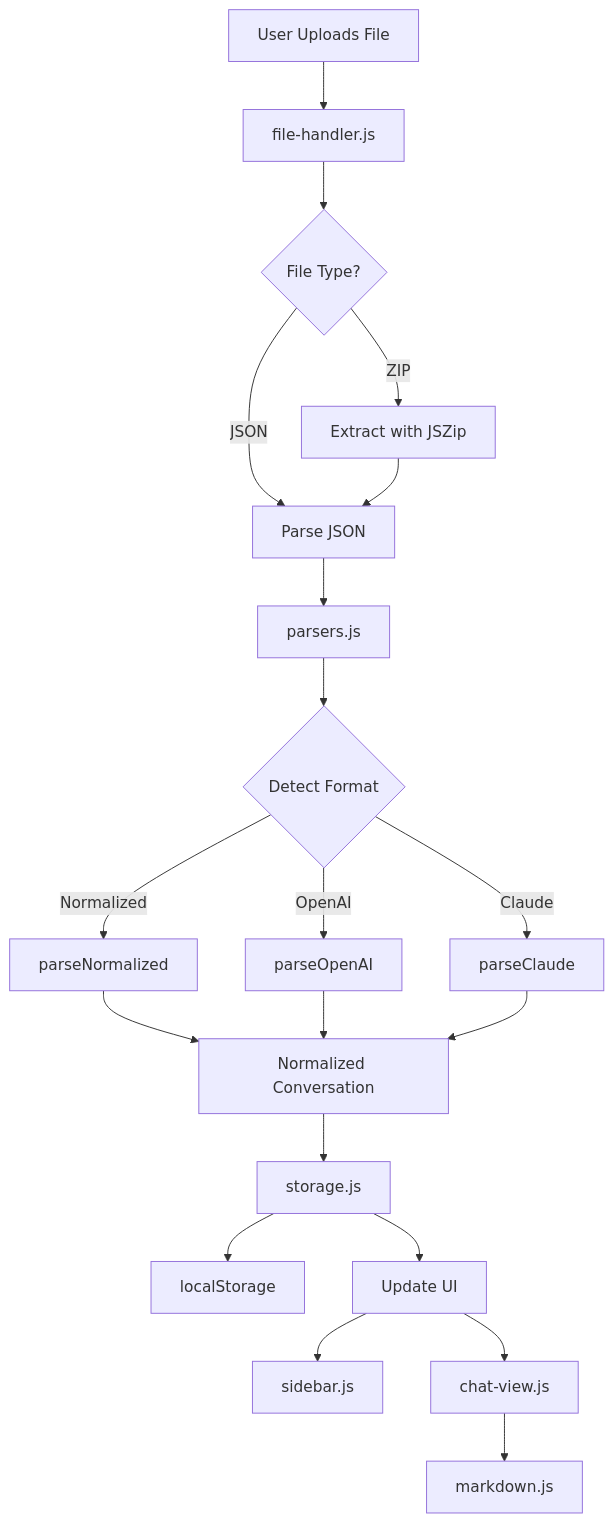
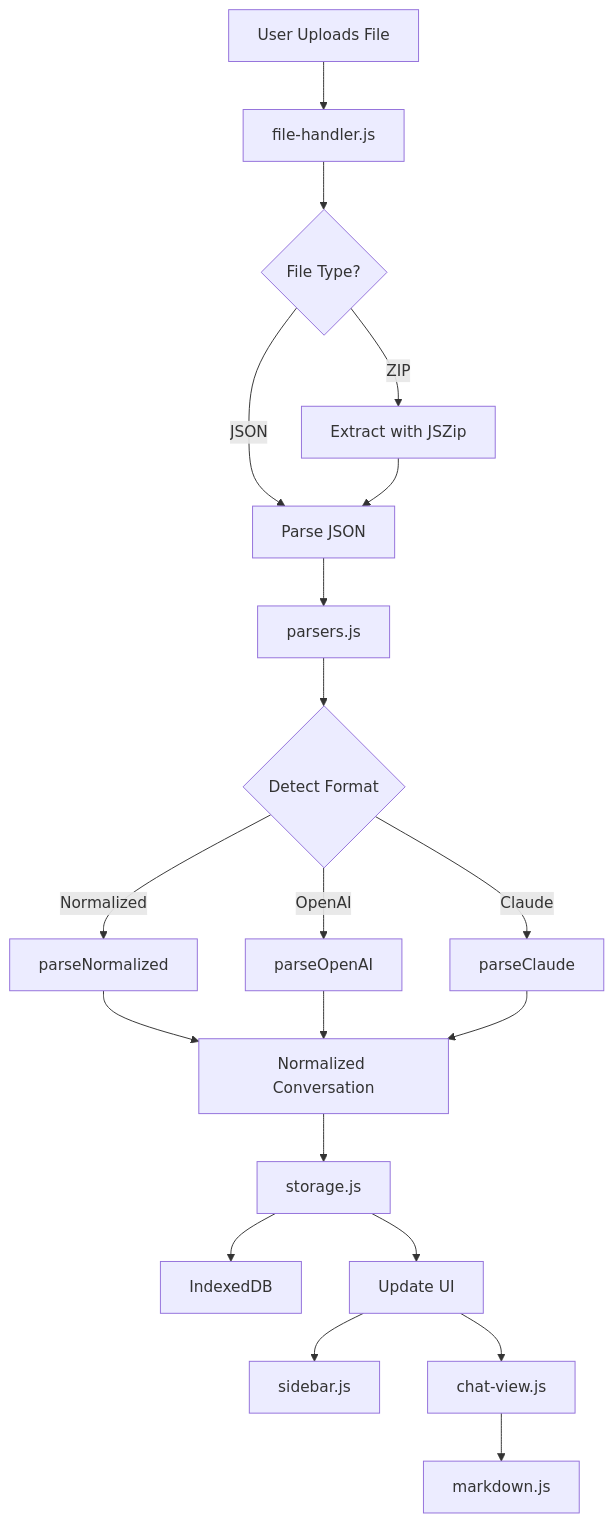
One commit to TomzxCode/llm-conversations-viewer changed the first of 2 diagrams in docs/architecture.md. Above: the diagram before and after it, drawn with Mermaid. The commit also changed other lines of this file and 8 other files, not shown here.

Commit message:
Use IndexedDB instead of LocalStorage

````diff
--- a/docs/architecture.md
+++ b/docs/architecture.md
@@ -93,22 +104,22 @@
 ```mermaid
 graph TD
     A[User Uploads File] --> B[file-handler.js]
     B --> C{File Type?}
     C -->|JSON| D[Parse JSON]
     C -->|ZIP| E[Extract with JSZip]
     E --> D
     D --> F[parsers.js]
     F --> G{Detect Format}
     G -->|Normalized| H[parseNormalized]
     G -->|OpenAI| I[parseOpenAI]
     G -->|Claude| J[parseClaude]
     H --> K[Normalized Conversation]
     I --> K
     J --> K
     K --> L[storage.js]
-    L --> M[localStorage]
+    L --> M[IndexedDB]
     L --> N[Update UI]
     N --> O[sidebar.js]
     N --> P[chat-view.js]
     P --> Q[markdown.js]
 ```
````
